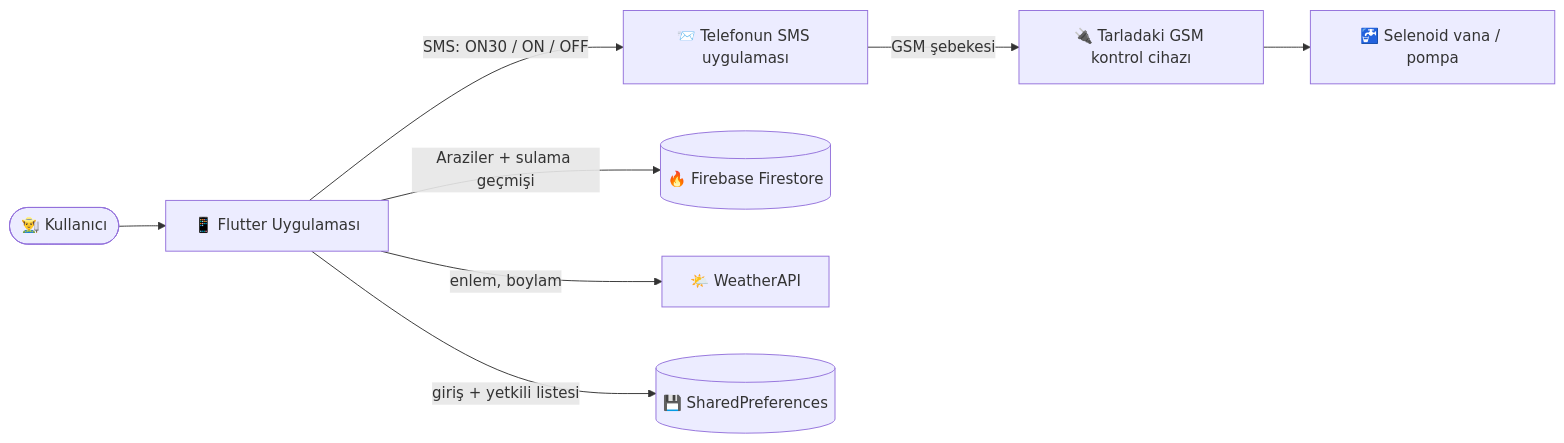
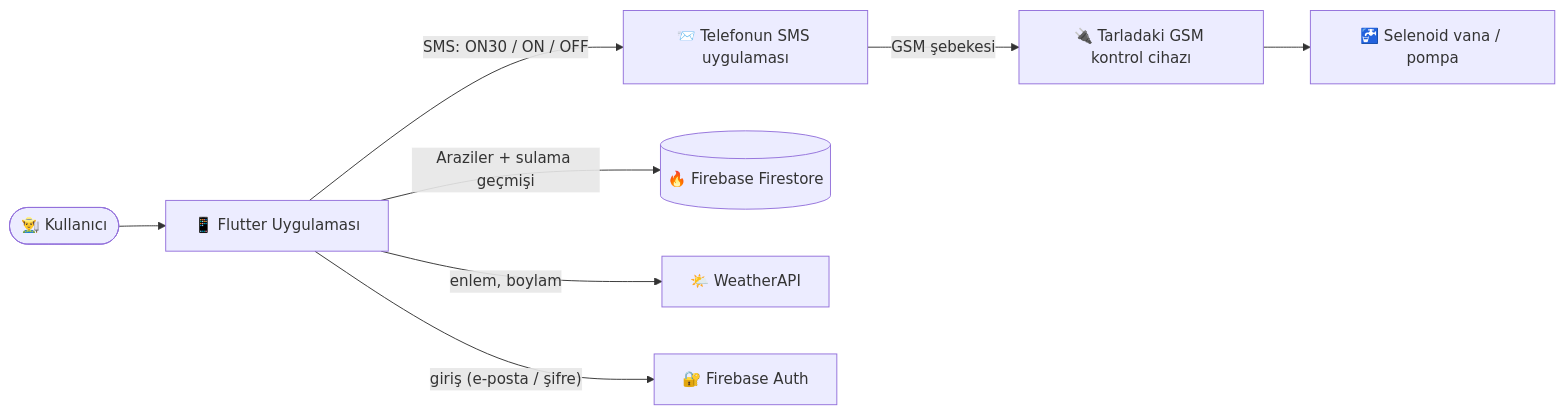
One commit to alikemaltopak/TopTech changed the first of 3 diagrams in irrigation_control_app/README.md. Above: the diagram before and after it, drawn with Mermaid. The commit also changed other lines of this file and 22 other files, not shown here.

First line of the commit message:
Security: Firebase Authentication and per-user data for the Flutter app

````diff
--- a/irrigation_control_app/README.md
+++ b/irrigation_control_app/README.md
@@ -31,10 +31,10 @@
 ```mermaid
 flowchart LR
     U([👨‍🌾 Kullanıcı]) --> APP[📱 Flutter Uygulaması]
     APP -- "SMS: ON30 / ON / OFF" --> SMS[📨 Telefonun SMS uygulaması]
     SMS -- GSM şebekesi --> DEV[🔌 Tarladaki GSM kontrol cihazı]
     DEV --> V[🚰 Selenoid vana / pompa]
     APP -- "Araziler + sulama geçmişi" --> FS[(🔥 Firebase Firestore)]
     APP -- "enlem, boylam" --> W[🌤️ WeatherAPI]
-    APP -- "giriş + yetkili listesi" --> SP[(💾 SharedPreferences)]
+    APP -- "giriş (e-posta / şifre)" --> AUTH[🔐 Firebase Auth]
 ```
````
